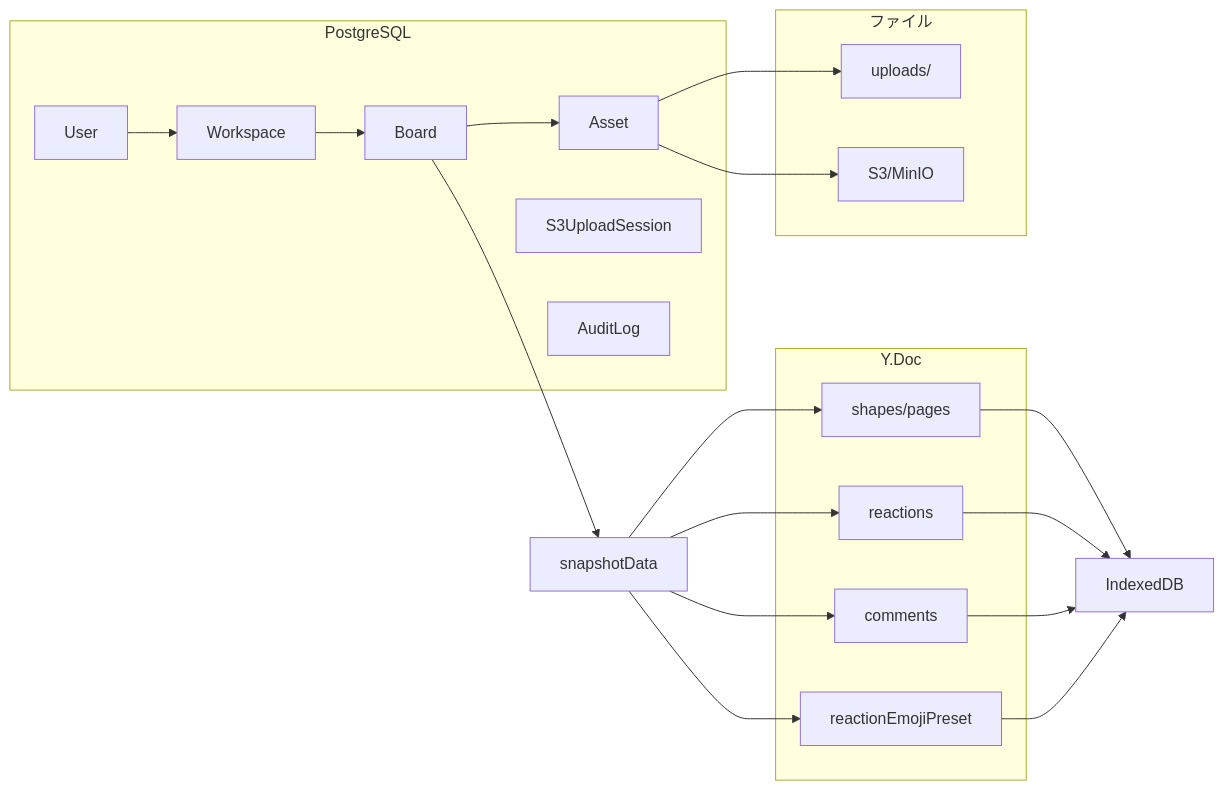
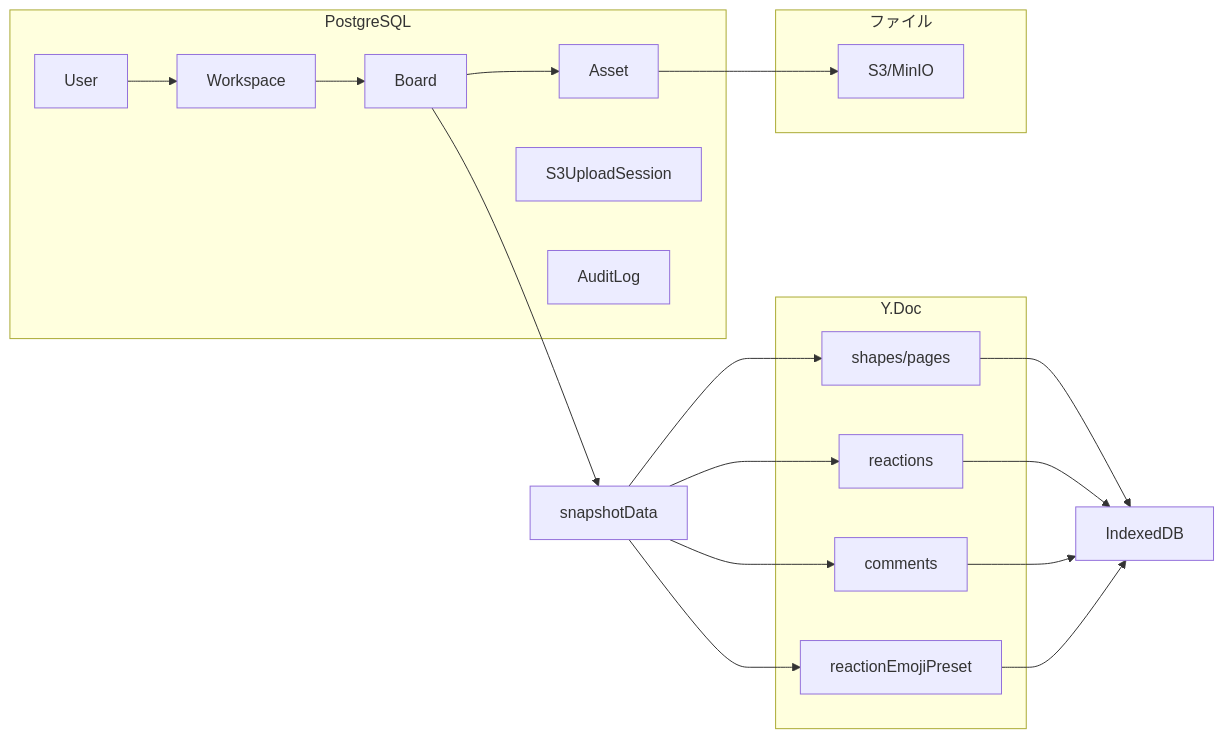
Before and after one commit to oshikaidesu/gachaboard: the second of 2 diagrams in gachaboard-compound/docs/database-and-storage-inventory.md, drawn with Mermaid. The commit also changed other lines of this file and 18 other files, not shown here.

````diff
--- a/gachaboard-compound/docs/database-and-storage-inventory.md
+++ b/gachaboard-compound/docs/database-and-storage-inventory.md
@@ -141,35 +150,33 @@
 ```mermaid
 flowchart LR
     subgraph PG [PostgreSQL]
         User
         WS[Workspace]
         Board
         Asset
         S3[S3UploadSession]
         Audit[AuditLog]
     end
     subgraph YDoc [Y.Doc]
         Shapes[shapes/pages]
         Reactions[reactions]
         Comments[comments]
         ReactionPreset[reactionEmojiPreset]
     end
     subgraph Storage [ファイル]
-        Local[uploads/]
         S3Storage[S3/MinIO]
     end
     User --> WS
     WS --> Board
     Board --> Snapshot[snapshotData]
     Snapshot --> Shapes
     Snapshot --> Reactions
     Snapshot --> Comments
     Snapshot --> ReactionPreset
     Board --> Asset
-    Asset --> Local
     Asset --> S3Storage
     Shapes --> IndexedDB
     Reactions --> IndexedDB
     Comments --> IndexedDB
     ReactionPreset --> IndexedDB
 ```
````
